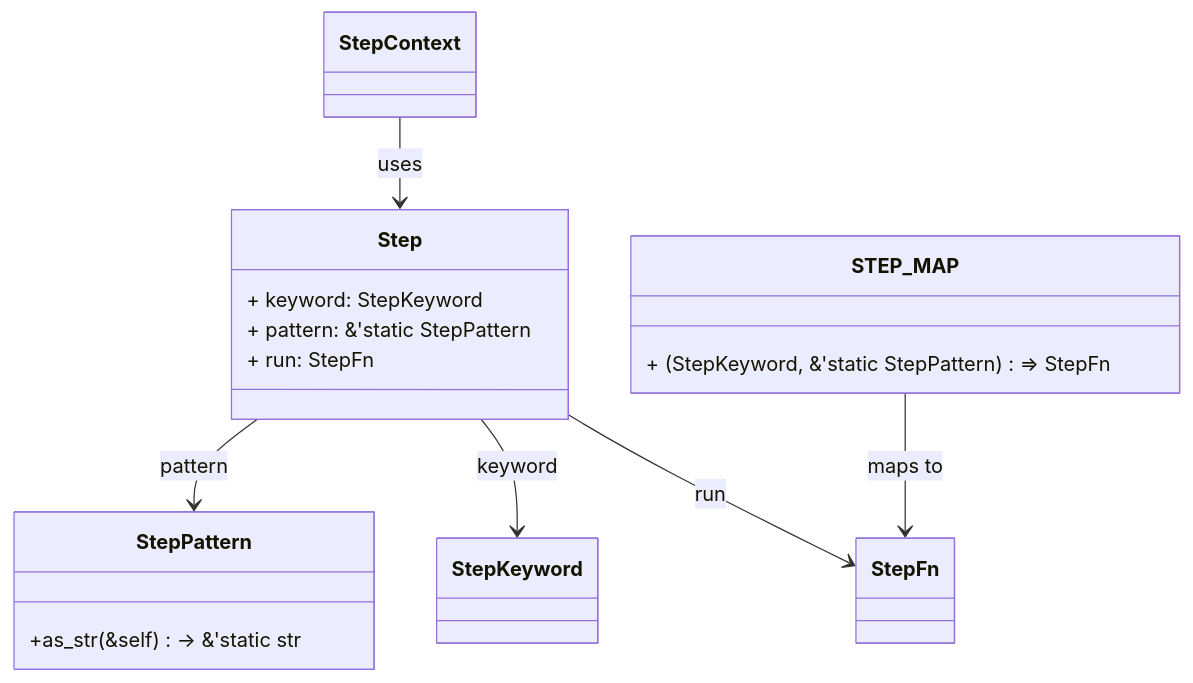
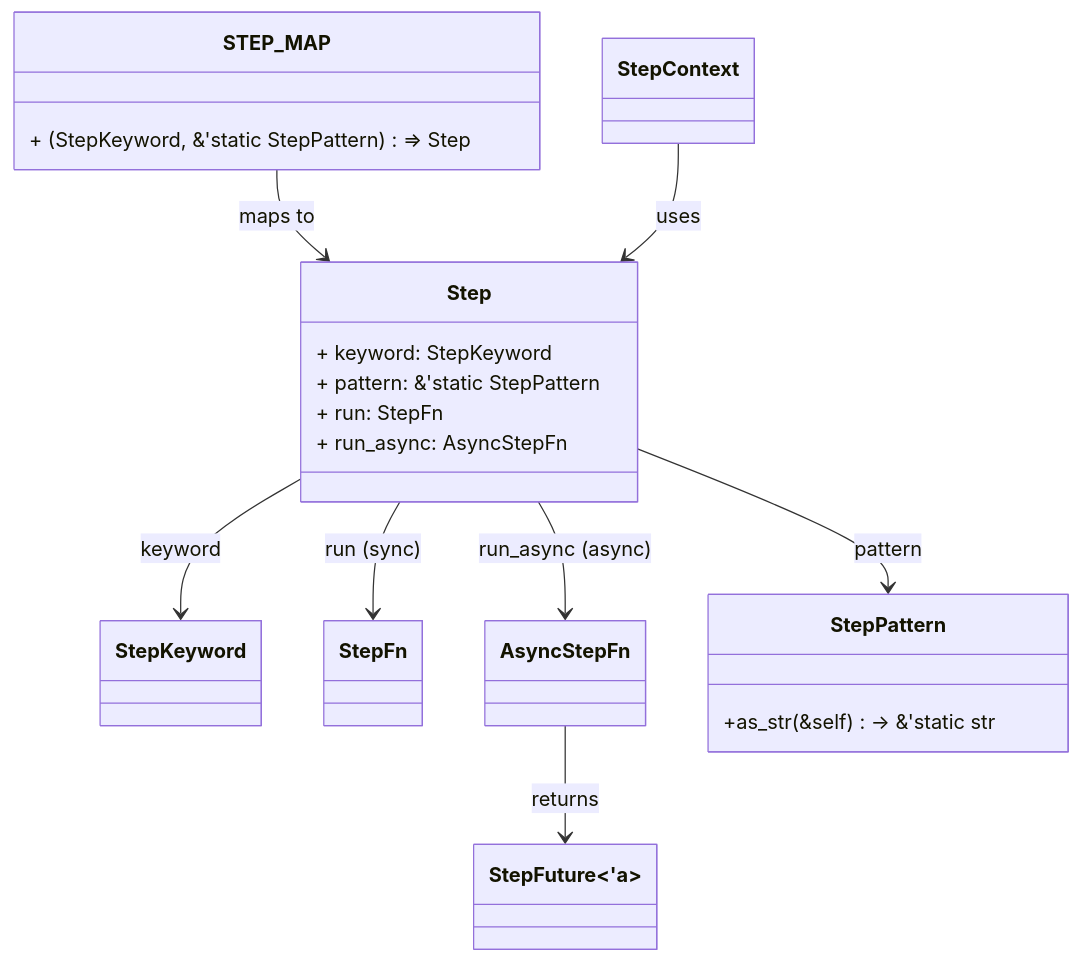
Before and after one commit to leynos/rstest-bdd: the sixth of 18 diagrams in docs/rstest-bdd-design.md, drawn with Mermaid. The commit also changed other lines of this file and 1 other file, not shown here.

First line of the commit message:
Docs: Phase 8 — Async step execution plan and design updates (#349)

````diff
--- a/docs/rstest-bdd-design.md
+++ b/docs/rstest-bdd-design.md
@@ -909,20 +920,25 @@
 ```mermaid
 classDiagram
     class Step {
         + keyword: StepKeyword
         + pattern: &'static StepPattern
         + run: StepFn
+        + run_async: AsyncStepFn
     }
     class StepKeyword
     class StepFn
+    class AsyncStepFn
+    class StepFuture~'a~
     class StepContext
     Step --> StepPattern : pattern
     Step --> StepKeyword : keyword
-    Step --> StepFn : run
+    Step --> StepFn : run (sync)
+    Step --> AsyncStepFn : run_async (async)
+    AsyncStepFn --> StepFuture~'a~ : returns
     class STEP_MAP {
-        + (StepKeyword, &'static StepPattern) => StepFn
+        + (StepKeyword, &'static StepPattern) => Step
     }
     StepPattern : +as_str(&self) -> &'static str
-    STEP_MAP --> StepFn : maps to
+    STEP_MAP --> Step : maps to
     StepContext --> Step : uses
 ```
````
